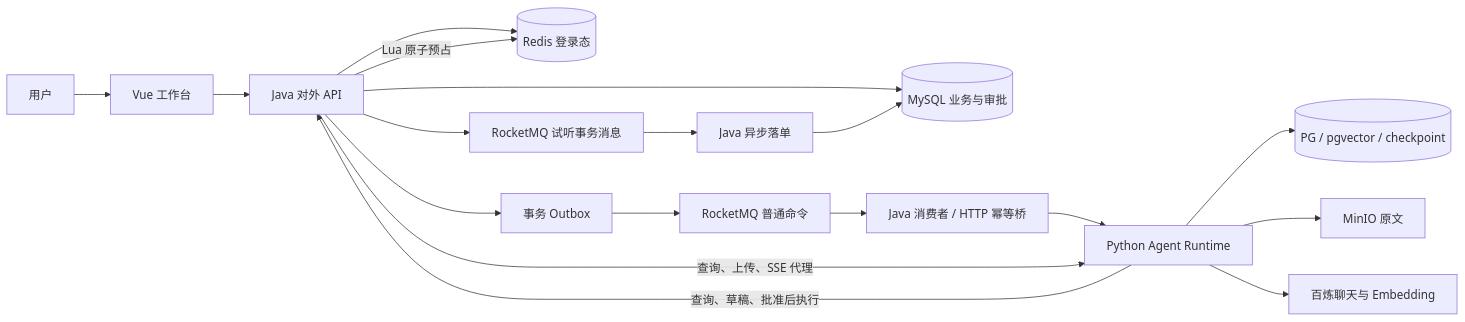
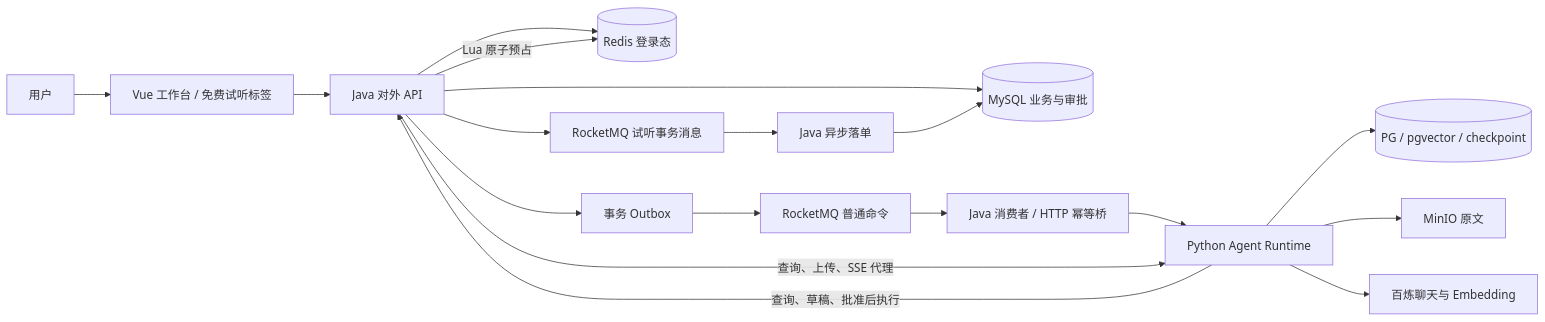
Before and after one commit to Chen166-cloud/zhikexing-backend: the first of 2 diagrams in docs/product/产品功能说明书-研发版.md, drawn with Mermaid. The commit also changed other lines of this file and 207 other files, not shown here.

````diff
--- a/docs/product/产品功能说明书-研发版.md
+++ b/docs/product/产品功能说明书-研发版.md
@@ -44,20 +44,20 @@
 ```mermaid
 flowchart LR
-    U[用户] --> V[Vue 工作台]
+    U[用户] --> V[Vue 工作台 / 免费试听标签]
     V --> J[Java 对外 API]
     J --> M[(MySQL 业务与审批)]
     J --> R[(Redis 登录态)]
     J --> O[事务 Outbox]
     O --> Q[RocketMQ 普通命令]
     Q --> C[Java 消费者 / HTTP 幂等桥]
     C --> P[Python Agent Runtime]
     J --> T[RocketMQ 试听事务消息]
     T --> D[Java 异步落单]
     D --> M
     J -->|Lua 原子预占| R
     J -->|查询、上传、SSE 代理| P
     P -->|查询、草稿、批准后执行| J
     P --> G[(PG / pgvector / checkpoint)]
     P --> S[MinIO 原文]
     P --> B[百炼聊天与 Embedding]
 ```
````
